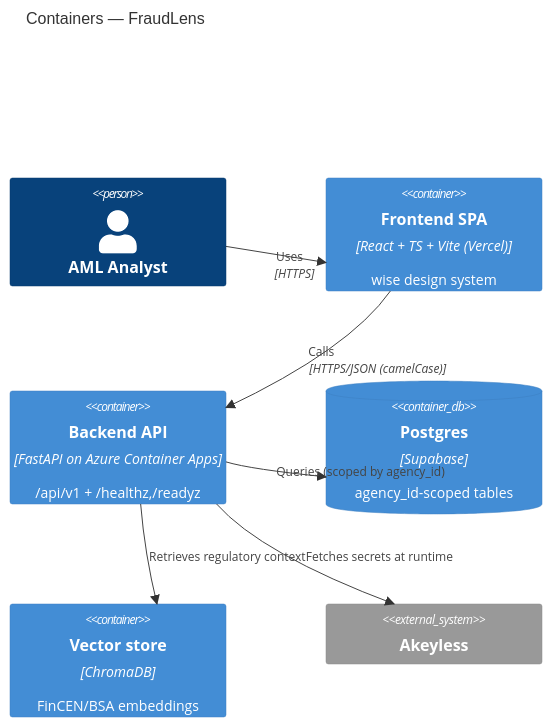
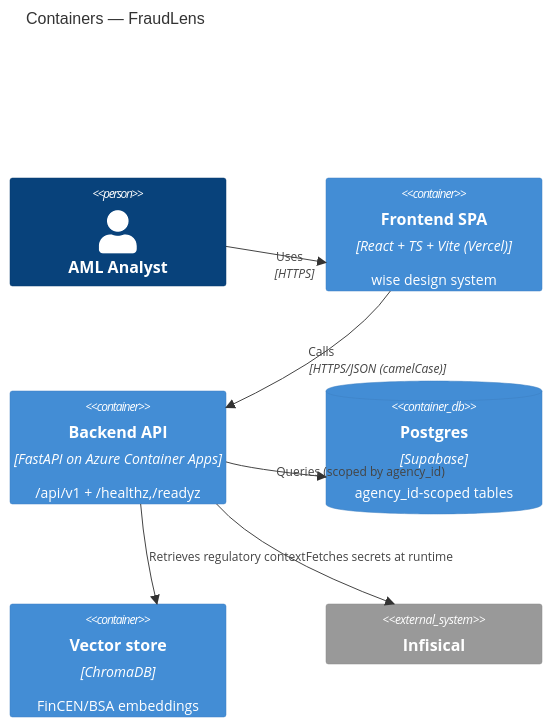
One commit to Kartik-Hirijaganer/FraudLens changed the second of 8 diagrams in docs/architecture/ARCHITECTURE.md. Above: the diagram before and after it, drawn with Mermaid. The commit also changed other lines of this file and 25 other files, not shown here.

First line of the commit message:
feat: migrate secrets management from Akeyless to Infisical

````diff
--- a/docs/architecture/ARCHITECTURE.md
+++ b/docs/architecture/ARCHITECTURE.md
@@ -31,15 +31,15 @@
 ```mermaid
 C4Container
     title Containers — FraudLens
     Person(analyst, "AML Analyst")
     Container(spa, "Frontend SPA", "React + TS + Vite (Vercel)", "wise design system")
     Container(api, "Backend API", "FastAPI on Azure Container Apps", "/api/v1 + /healthz,/readyz")
     ContainerDb(db, "Postgres", "Supabase", "agency_id-scoped tables")
     Container(vector, "Vector store", "ChromaDB", "FinCEN/BSA embeddings")
-    System_Ext(akeyless, "Akeyless")
+    System_Ext(infisical, "Infisical")
     Rel(analyst, spa, "Uses", "HTTPS")
     Rel(spa, api, "Calls", "HTTPS/JSON (camelCase)")
     Rel(api, db, "Queries (scoped by agency_id)")
     Rel(api, vector, "Retrieves regulatory context")
-    Rel(api, akeyless, "Fetches secrets at runtime")
+    Rel(api, infisical, "Fetches secrets at runtime")
 ```
````
